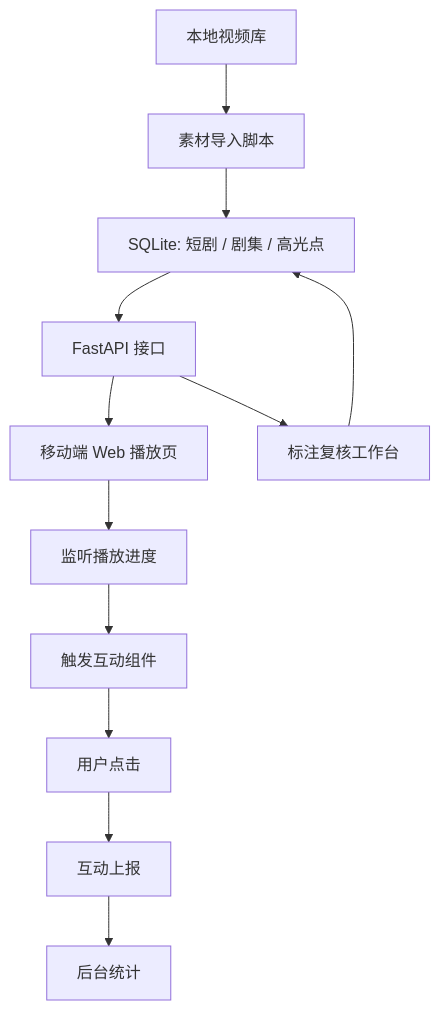
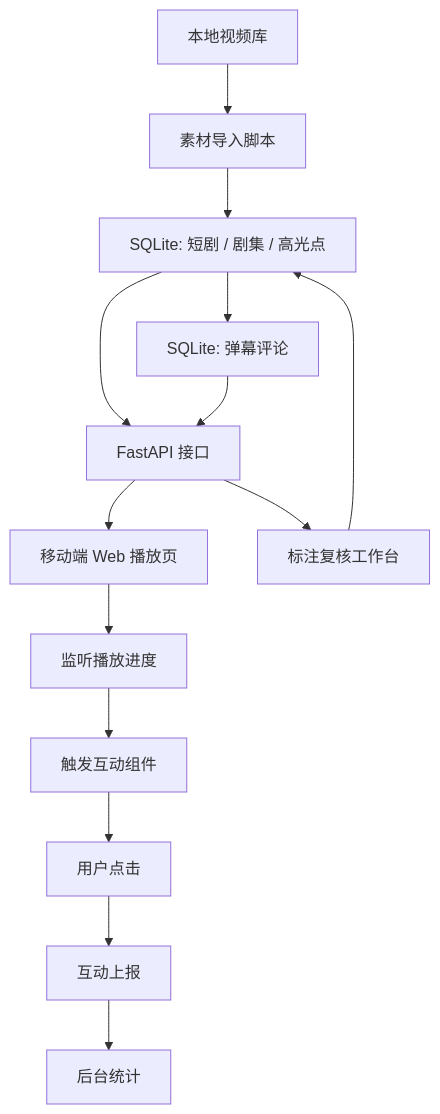
Before and after one commit to leoelio/Understanding-Short-Dramas: the diagram in docs/architecture.md, drawn with Mermaid. The commit also changed other lines of this file and 12 other files, not shown here.

````diff
--- a/docs/architecture.md
+++ b/docs/architecture.md
@@ -9,14 +9,16 @@
 ```mermaid
 flowchart TD
     A["本地视频库"] --> B["素材导入脚本"]
     B --> C["SQLite: 短剧 / 剧集 / 高光点"]
+    C --> L["SQLite: 弹幕评论"]
     C --> D["FastAPI 接口"]
+    L --> D
     D --> E["移动端 Web 播放页"]
     D --> K["标注复核工作台"]
     E --> F["监听播放进度"]
     F --> G["触发互动组件"]
     G --> H["用户点击"]
     H --> I["互动上报"]
     I --> J["后台统计"]
     K --> C
 ```
````
